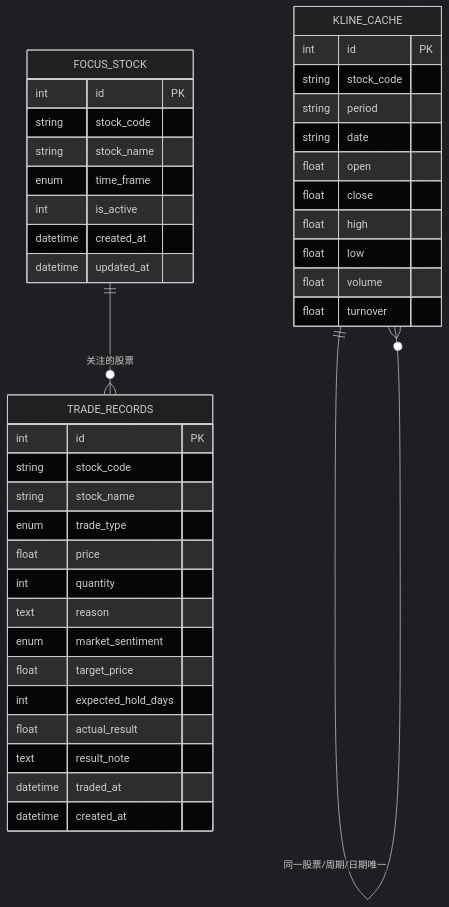
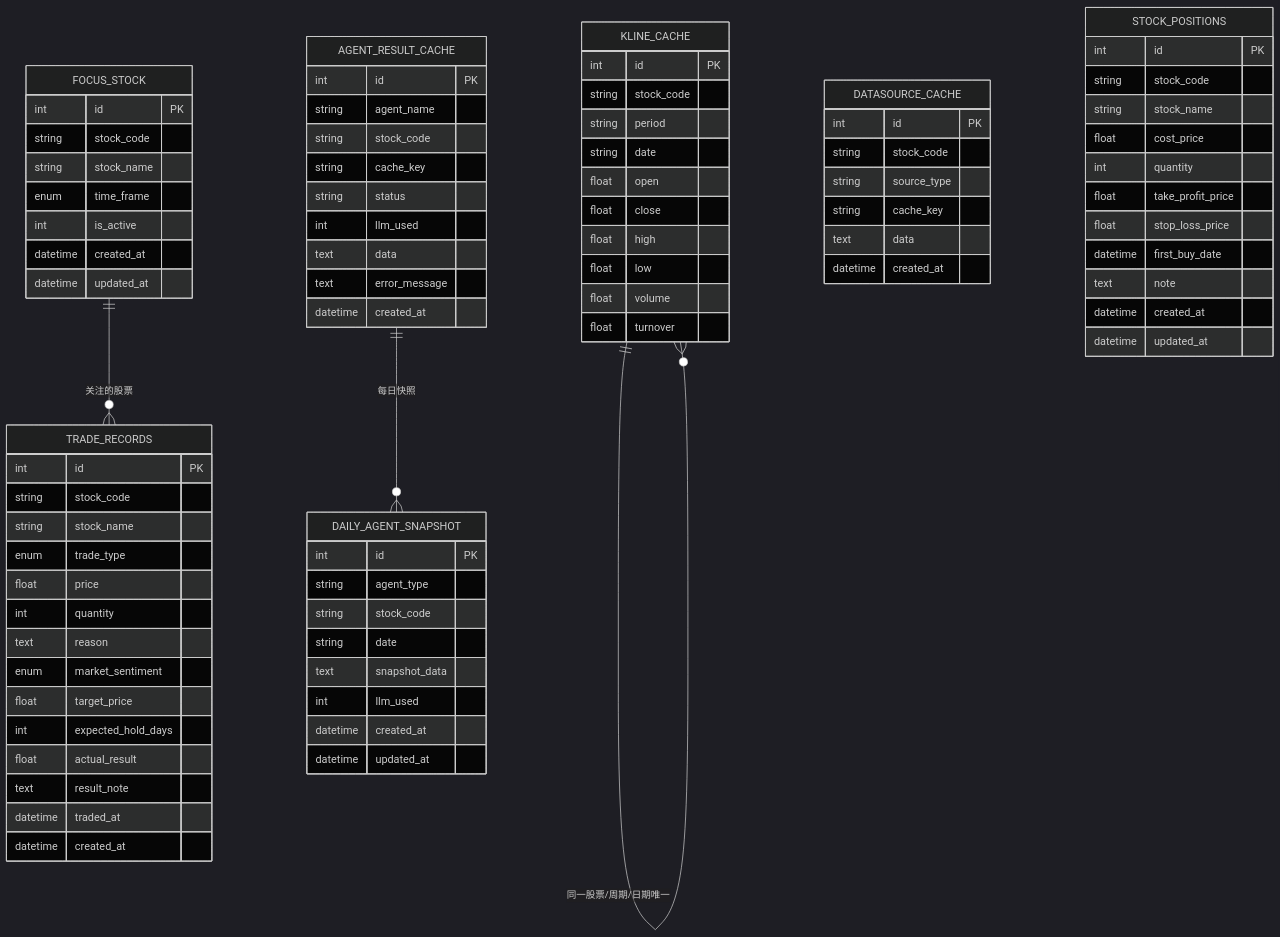
The fourth of 5 diagrams in .qoder/repowiki/zh/content/开发指南/开发指南.md (Moruime/stock_foker), drawn with Mermaid (dark theme) before and after one commit. The commit also changed other lines of this file and 52 other files, not shown here.

````diff
--- a/.qoder/repowiki/zh/content/开发指南/开发指南.md
+++ b/.qoder/repowiki/zh/content/开发指南/开发指南.md
@@ -312,6 +277,49 @@
 float volume
 float turnover
 }
+AGENT_RESULT_CACHE {
+int id PK
+string agent_name
+string stock_code
+string cache_key
+string status
+int llm_used
+text data
+text error_message
+datetime created_at
+}
+DAILY_AGENT_SNAPSHOT {
+int id PK
+string agent_type
+string stock_code
+string date
+text snapshot_data
+int llm_used
+datetime created_at
+datetime updated_at
+}
+DATASOURCE_CACHE {
+int id PK
+string stock_code
+string source_type
+string cache_key
+text data
+datetime created_at
+}
+STOCK_POSITIONS {
+int id PK
+string stock_code
+string stock_name
+float cost_price
+int quantity
+float take_profit_price
+float stop_loss_price
+datetime first_buy_date
+text note
+datetime created_at
+datetime updated_at
+}
 FOCUS_STOCK ||--o{ TRADE_RECORDS : "关注的股票"
 KLINE_CACHE ||--o{ KLINE_CACHE : "同一股票/周期/日期唯一"
+AGENT_RESULT_CACHE ||--o{ DAILY_AGENT_SNAPSHOT : "每日快照"
 ```
````
